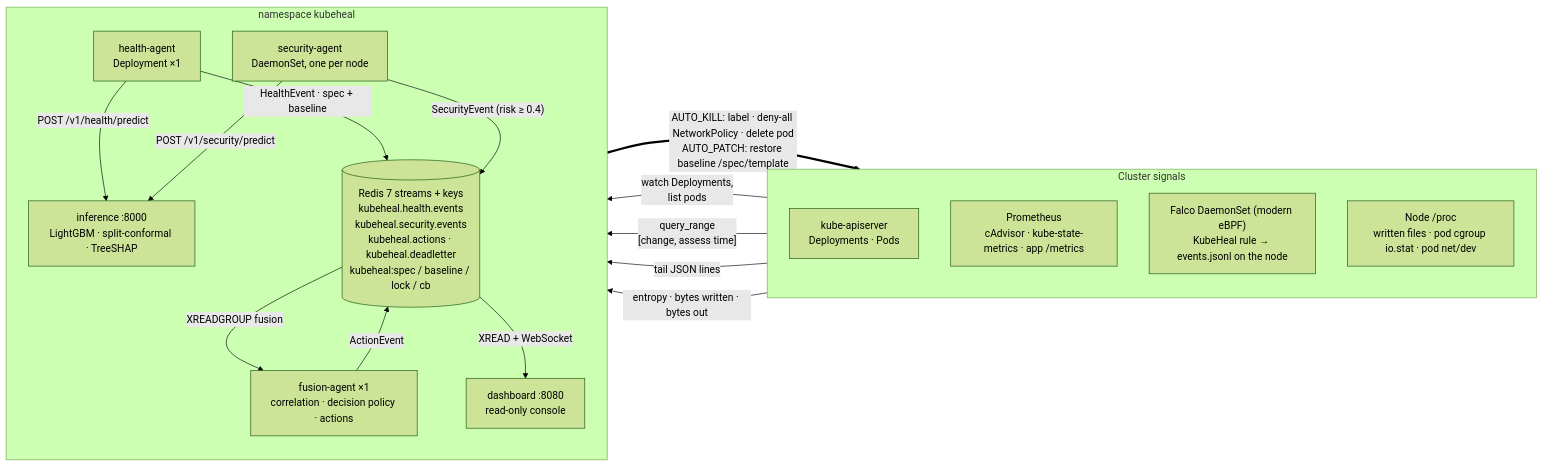
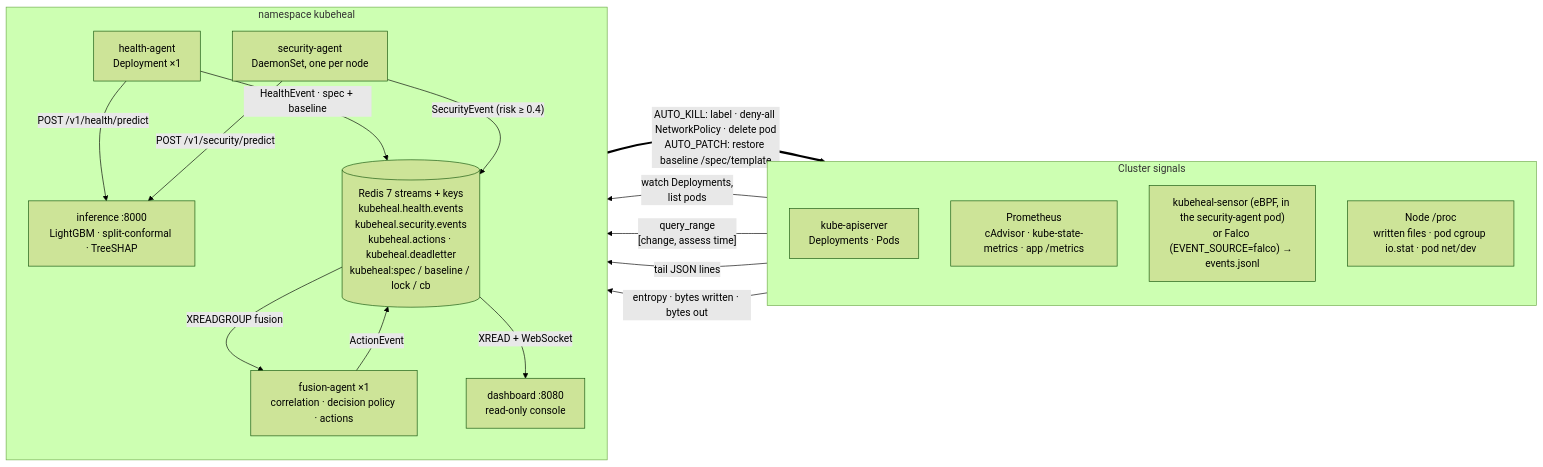
One commit to PRATHVI9607/Unisys_Model changed the diagram in README.md. Above: the diagram before and after it, drawn with Mermaid (forest theme). The commit also changed other lines of this file and 25 other files, not shown here.

````diff
--- a/README.md
+++ b/README.md
@@ -11,33 +11,33 @@
 ```mermaid
 flowchart LR
   subgraph sources["Cluster signals"]
     direction TB
     API["kube-apiserver<br/>Deployments · Pods"]
     PROM["Prometheus<br/>cAdvisor · kube-state-metrics · app /metrics"]
-    FALCO["Falco DaemonSet (modern eBPF)<br/>KubeHeal rule → events.jsonl on the node"]
+    FALCO["kubeheal-sensor (eBPF, in the security-agent pod)<br/>or Falco (EVENT_SOURCE=falco) → events.jsonl"]
     PROC["Node /proc<br/>written files · pod cgroup io.stat · pod net/dev"]
   end
 
   subgraph kh["namespace kubeheal"]
     direction TB
     HA["health-agent<br/>Deployment ×1"]
     SA["security-agent<br/>DaemonSet, one per node"]
     INF["inference :8000<br/>LightGBM · split-conformal · TreeSHAP"]
     R[("Redis 7 streams + keys<br/>kubeheal.health.events<br/>kubeheal.security.events<br/>kubeheal.actions · kubeheal.deadletter<br/>kubeheal:spec / baseline / lock / cb")]
     FU["fusion-agent ×1<br/>correlation · decision policy · actions"]
     DB["dashboard :8080<br/>read-only console"]
   end
 
   API -- "watch Deployments,<br/>list pods" --> HA
   PROM -- "query_range<br/>[change, assess time]" --> HA
   FALCO -- "tail JSON lines" --> SA
   PROC -- "entropy · bytes written · bytes out" --> SA
   HA -- "POST /v1/health/predict" --> INF
   SA -- "POST /v1/security/predict" --> INF
   HA -- "HealthEvent · spec + baseline" --> R
   SA -- "SecurityEvent (risk ≥ 0.4)" --> R
   R -- "XREADGROUP fusion" --> FU
   FU -- "ActionEvent" --> R
   FU == "AUTO_KILL: label · deny-all NetworkPolicy · delete pod<br/>AUTO_PATCH: restore baseline /spec/template" ==> API
   R -- "XREAD + WebSocket" --> DB
 ```
````
